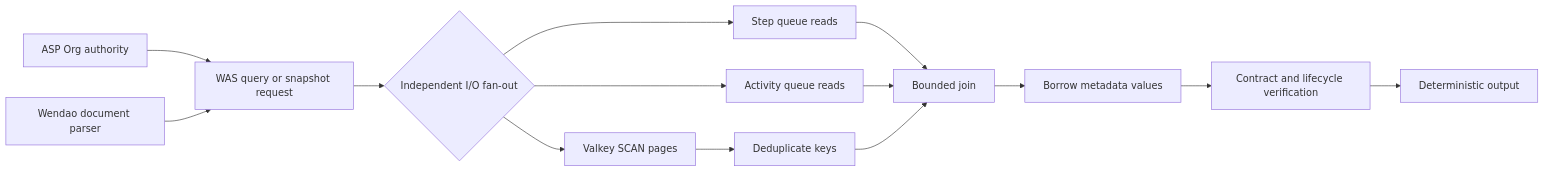
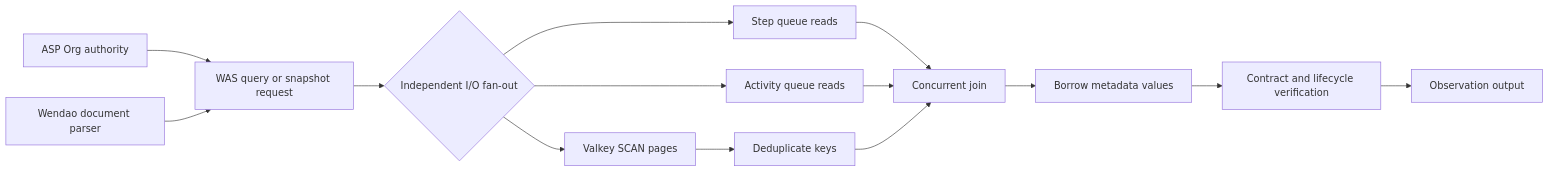
One commit to tao3k/xiuxian-artisan-workshop changed the diagram in docs/30_research/2026-09-12-was-modernization-proof.org. Above: the diagram before and after it, drawn with Mermaid. The commit also changed other lines of this file and 3 other files, not shown here.

```diff
--- a/docs/30_research/2026-09-12-was-modernization-proof.org
+++ b/docs/30_research/2026-09-12-was-modernization-proof.org
@@ -39,16 +46,16 @@
 #+begin_src mermaid
 flowchart LR
   Query["WAS query or snapshot request"] --> Fanout{"Independent I/O fan-out"}
   ASP["ASP Org authority"] --> Query
   Wendao["Wendao document parser"] --> Query
   Fanout --> Queue["Step queue reads"]
   Fanout --> Activity["Activity queue reads"]
   Fanout --> Scan["Valkey SCAN pages"]
   Scan --> Dedup["Deduplicate keys"]
-  Queue --> Join["Bounded join"]
+  Queue --> Join["Concurrent join"]
   Activity --> Join
   Dedup --> Join
   Join --> Borrow["Borrow metadata values"]
   Borrow --> Verify["Contract and lifecycle verification"]
-  Verify --> Output["Deterministic output"]
+  Verify --> Output["Observation output"]
 #+end_src
```
